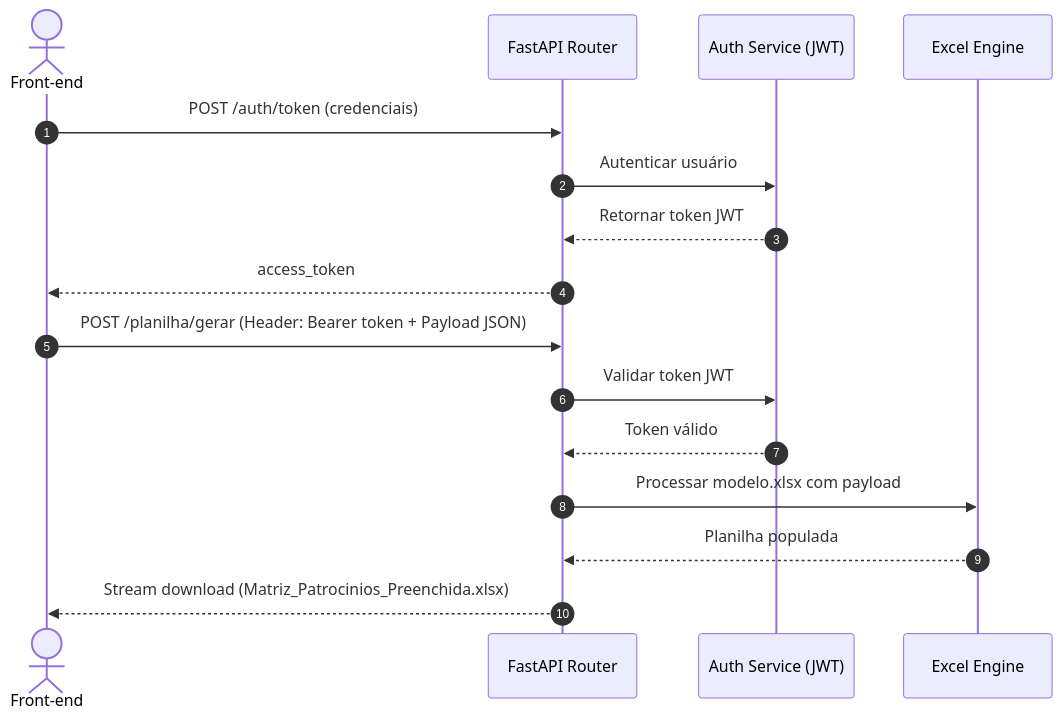
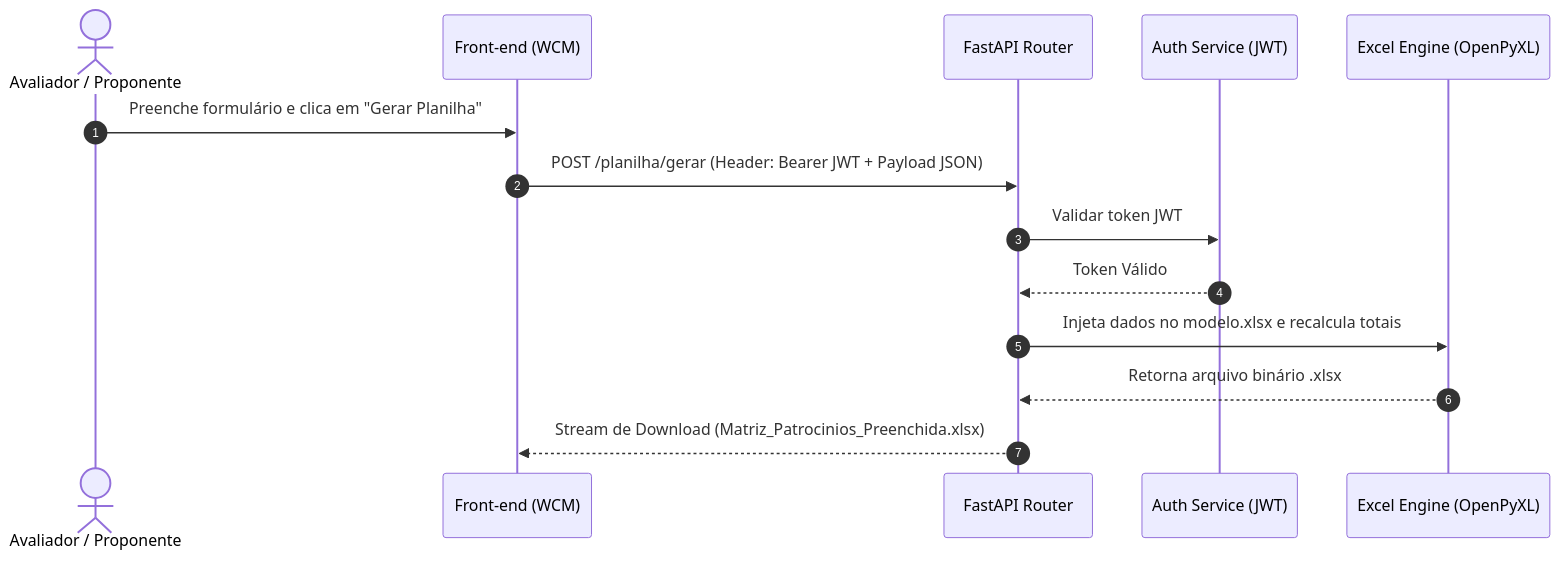
The second of 2 diagrams in README.md (andreeeestor/Matriz-de-Patrocinios-COPASA), drawn with Mermaid before and after one commit. The commit also changed other lines of this file, not shown here.

Commit message:
docs: expand README with detailed step-by-step setup, architecture diagrams, and best practices

````diff
--- a/README.md
+++ b/README.md
@@ -308,20 +88,17 @@
 ```mermaid
 sequenceDiagram
     autonumber
-    actor FE as Front-end
+    actor Avaliador as Avaliador / Proponente
+    participant FE as Front-end (WCM)
     participant API as FastAPI Router
     participant AUTH as Auth Service (JWT)
-    participant XL as Excel Engine
+    participant XL as Excel Engine (OpenPyXL)
 
-    FE->>API: POST /auth/token (credenciais)
-    API->>AUTH: Autenticar usuário
-    AUTH-->>API: Retornar token JWT
-    API-->>FE: access_token
-
-    FE->>API: POST /planilha/gerar (Header: Bearer token + Payload JSON)
+    Avaliador->>FE: Preenche formulário e clica em "Gerar Planilha"
+    FE->>API: POST /planilha/gerar (Header: Bearer JWT + Payload JSON)
     API->>AUTH: Validar token JWT
-    AUTH-->>API: Token válido
-    API->>XL: Processar modelo.xlsx com payload
-    XL-->>API: Planilha populada
-    API-->>FE: Stream download (Matriz_Patrocinios_Preenchida.xlsx)
+    AUTH-->>API: Token Válido
+    API->>XL: Injeta dados no modelo.xlsx e recalcula totais
+    XL-->>API: Retorna arquivo binário .xlsx
+    API-->>FE: Stream de Download (Matriz_Patrocinios_Preenchida.xlsx)
 ```
````
